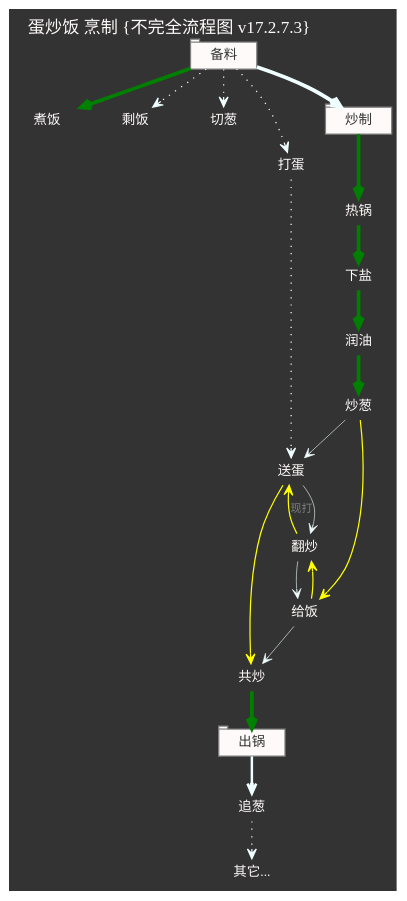
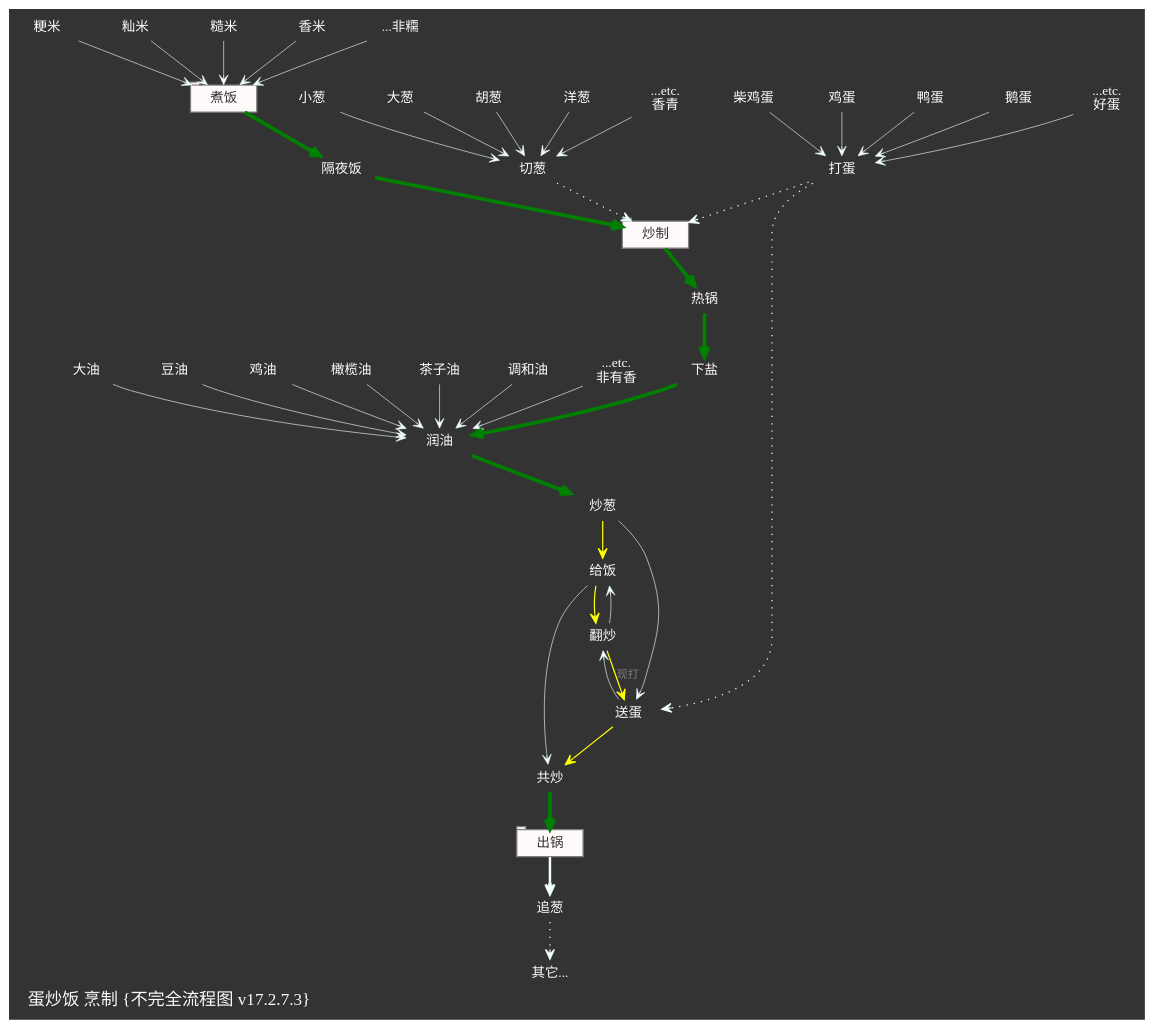
The diagram in s3e05g56/fired-rice-egg-mapping.dot (GC4WP/S03E05), drawn with Graphviz before and after one commit. The commit also changed 3 other files, not shown here.

```diff
--- a/s3e05g56/fired-rice-egg-mapping.dot
+++ b/s3e05g56/fired-rice-egg-mapping.dot
@@ -1,120 +1,157 @@
 digraph map4fired2rice {
     /*生成命令:
 $ dot -Tpng fired-rice-egg-mapping.dot -o fired-rice-egg-mapping.png
  -Tcmapx -o path2pythoneer.map
     全局设定
     */
     graph [label="蛋炒饭 烹制 {不完全流程图 v17.2.7.3}"
         ,fontsize=14.0,fontcolor=snow
         ,fontname="Noto Sans S Chinese Medium"
-        ,labeljust="l",labelloc="t",center=1
+        ,labeljust="l",labelloc="b",center=1
         ,ranksep=0.4,ratio=compress
         ,rankdir=TB
         ,bgcolor="#333333"
         ];
     //,style="filled,setlinewidth(0.5)",fillcolor="#333333"    
 
     node[fontsize=11.0,height=0.3
         ,fontname="Noto Sans S Chinese DemiLight"
         ,style="setlinewidth(0.5)"
         ,color=gray,fontcolor=snow
         ,shape=plaintext
         ];
 
     edge [fontsize=9.0,fontcolor=gray
         ,fontname="Noto Sans S Chinese Light"
         ,color=azure
         ,arrowsize=0.8,arrowhead=vee,arrowtail=none
         ,style="setlinewidth(0.5)"
         ];
 /*
     src [label="源码",shape=ellipse,style="filled,dashed,setlinewidth(5)"
         ,color="#333333",fillcolor=dimgray
         ,URL="http://code.google.com/p/zoomquiet/source/browse/dot/obp/csdndr1-km.dot?repo=tangle"];
 {l_mid l_dev l_hack}->pythonic [style="dotted,setlinewidth(1)"];
 
     root->l_mid->l_dev->l_hack[color=green,style="setlinewidth(4)"];
 
+    st0 [label="备料",shape=tab,
+            style="filled",fillcolor=snow,fontcolor="#333333"];
+
+        mRice [label="煮饭"];
 */
     
 
-    st0 [label="备料",shape=tab,
+        R0 [label="粳米"];
+        R1 [label="籼米"];
+        R2 [label="糙米"];
+        R3 [label="香米"];
+        Rn [label="...非糥"];
+    {R0 R1 R2 R3 Rn}->mRice;
+    mRice [label="煮饭",shape=tab,
             style="filled",fillcolor=snow,fontcolor="#333333"];
         
-        mRice [label="煮饭"];
-        oRice [label="剩饭"];
+        oRice [label="隔夜饭"];
         cCong [label="切葱"];
+            C0 [label="小葱"];
+            C1 [label="大葱"];
+            C2 [label="胡葱"];
+            C3 [label="洋葱"];
+            Cn [label="...etc.\n香青"];
+        {C0 C1 C2 C3 Cn}->cCong;
+
+            E0 [label="柴鸡蛋"] ;
+            E1 [label="鸡蛋"] ;
+            E2 [label="鸭蛋"] ;
+            E3 [label="鹅蛋"] ;
+            En [label="...etc.\n好蛋"] ;
+        {E0 E1 E2 E3 En}->mEgg;
         mEgg [label="打蛋"] ;
 
-    st0->{cCong oRice mEgg} [style="dotted,setlinewidth(1)"]; 
-    st0->mRice [color=green, style="setlinewidth(3)"]; 
-
+    {cCong mEgg}->st1 [style="dotted,setlinewidth(1)"]; 
+    mRice->oRice->st1 [color=green, style="setlinewidth(3)"]; 
 
     st1 [label="炒制",shape=tab,
             style="filled",fillcolor=snow,fontcolor="#333333"];
 
+
+            O0 [label="大油"];
+            O1 [label="豆油"];
+            O2 [label="鸡油"];
+            O3 [label="橄榄油"];
+            O4 [label="茶子油"];
+            O5 [label="调和油"];
+            On [label="...etc.\n非有香"];
         hGuo [label="热锅"];
         aSlat [label="下盐"];
+            O0 [label="大油"];
+            O1 [label="豆油"];
+            O2 [label="鸡油"];
+            O3 [label="橄榄油"];
+            O4 [label="茶子油"];
+            O5 [label="调和油"];
+            On [label="...etc.\n非有香"];
+        {O0 O1 O2 O3 O4 O5 On}->aOil;
         aOil [label="润油"];
         fCong [label="炒葱"];
         aRice [label="给饭"];
         aFired [label="翻炒"];
         aEgg [label="送蛋"];
         fAll [label="共炒"];
 
     st1->hGuo->aSlat->aOil->fCong [color=green, style="setlinewidth(3)"]; 
 
 
         fCong->aRice->aFired [color=yellow, style="setlinewidth(1)"]; 
         aFired->aEgg [label="现打", color=yellow, style="setlinewidth(1)"];
         aEgg->fAll [color=yellow, style="setlinewidth(1)"];
 
         fCong->aEgg->aFired->aRice->fAll;
         mEgg->aEgg [style="dotted,setlinewidth(1)"]; 
 
 
     st2 [label="出锅",shape=tab,
             style="filled",fillcolor=snow,fontcolor="#333333"];
 
         aCong [label="追葱"];
         aOthers [label="其它..."];
 
     fAll->st2 [color=green, style="setlinewidth(3)"]; 
         st2->aCong [style="setlinewidth(2)"]; 
         aCong->aOthers [style="dotted,setlinewidth(1)"]; 
 
-    st0->st1 [style="setlinewidth(3)"]; 
 
     /*
+    st0->st1 [style="setlinewidth(3)"]; 
     root->want->greateam [style="setlinewidth(4)"];
         greateam->aka->grown [style="setlinewidth(3)"];
 
     grown->{hr goal} ;
     grown->km->wiki [style="setlinewidth(2)"];
         km->{KmFormula kmeg} ;
 
         wiki->acteam->soul [style="setlinewidth(1)"];
             soul->EK;
         wiki->{what cando spread};
             spread->game [style="setlinewidth(1)"];
             spread->{analyse EK};
     analyse->rooterms;
 
     {rooterms game aka}->Kaopulity [style="setlinewidth(2)"];
 
     {hr goal km what acteam EK}->etc [style="dotted"];
 
 
     nodeA->nodeB [label="日常",color=azure,style="setlinewidth(1)"];
     nodeA->nodeB [label="活跃",color=azure,style="setlinewidth(2)"];
     nodeA->nodeB [label="兴奋",color=azure,style="setlinewidth(3)"];
     lotsMon->existProg;
         tonesOptions->existProg;
     etc->l_hack;
     
     */
 
 
     edge [style=invis];
 
 }
```
